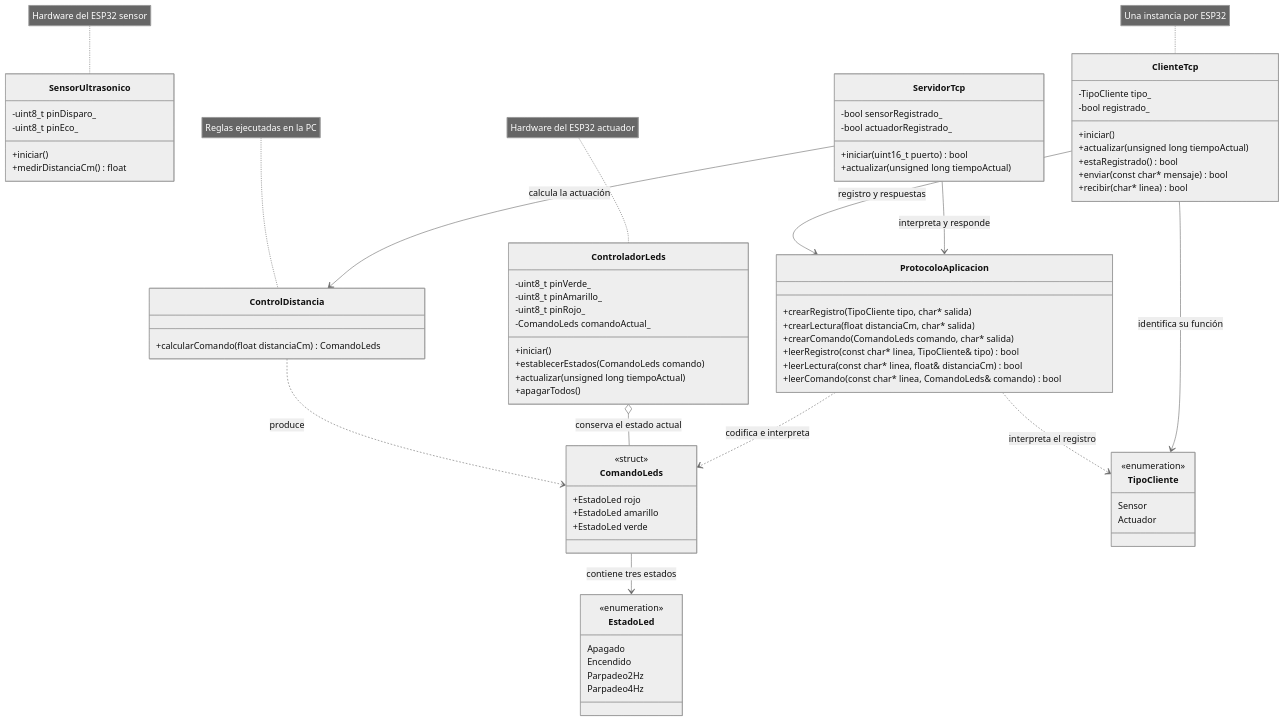
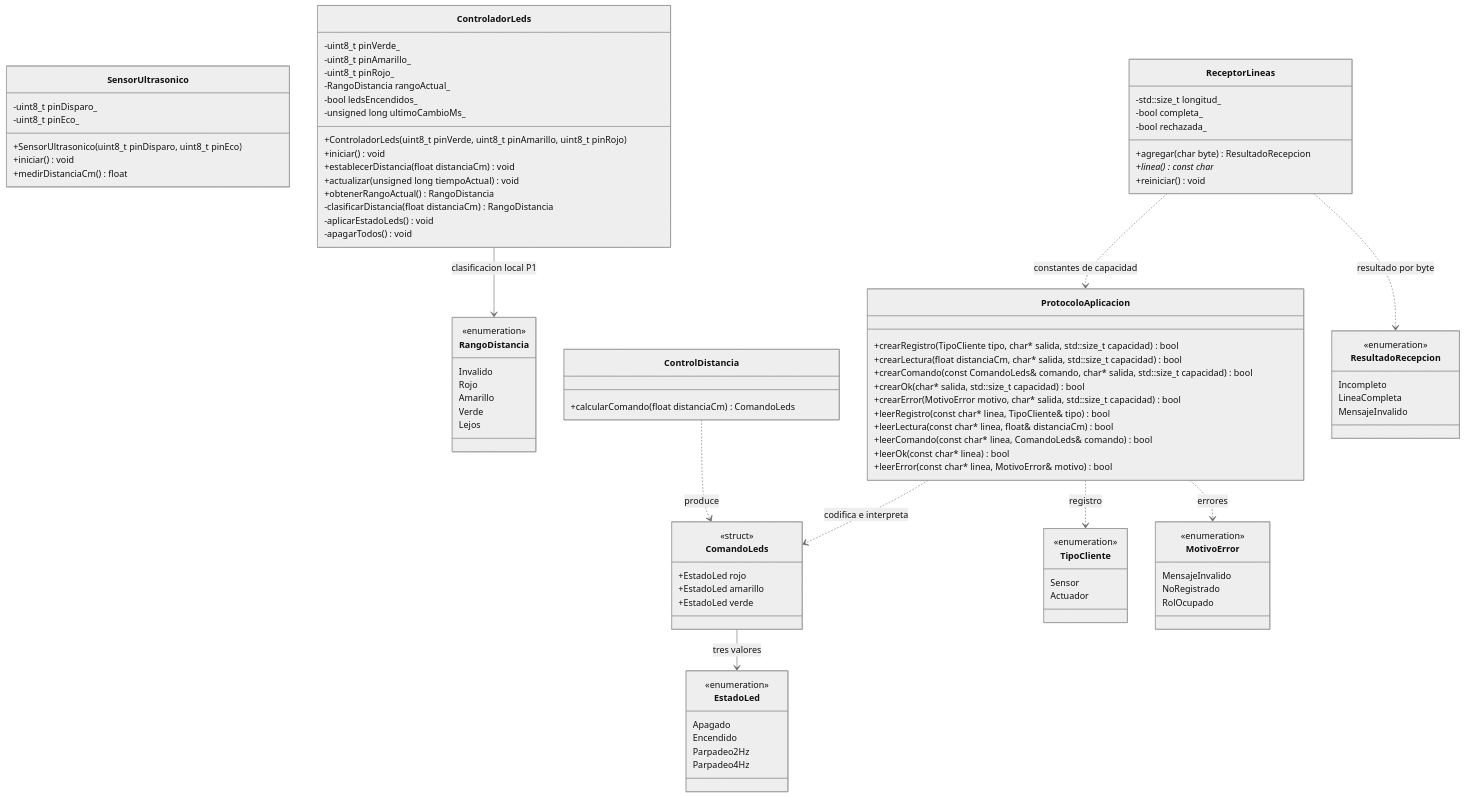
The third of 5 diagrams in INFORME.md (JustAdrianMercado/Integracion-de-Objetos-Inteligentes-con-TCP-IP), drawn with Mermaid (neutral theme) before and after one commit. The commit also changed other lines of this file, not shown here.

Commit message:
docs: actualizar clases y secuencias de P2 según la implementación Python/C++

````diff
--- a/INFORME.md
+++ b/INFORME.md
@@ -228,25 +351,66 @@
 ```mermaid
 classDiagram
     direction TB
-
     class SensorUltrasonico {
         -uint8_t pinDisparo_
         -uint8_t pinEco_
-        +iniciar()
+        +SensorUltrasonico(uint8_t pinDisparo, uint8_t pinEco)
+        +iniciar() void
         +medirDistanciaCm() float
     }
-
     class ControladorLeds {
         -uint8_t pinVerde_
         -uint8_t pinAmarillo_
         -uint8_t pinRojo_
-        -ComandoLeds comandoActual_
-        +iniciar()
-        +establecerEstados(ComandoLeds comando)
-        +actualizar(unsigned long tiempoActual)
-        +apagarTodos()
+        -RangoDistancia rangoActual_
+        -bool ledsEncendidos_
+        -unsigned long ultimoCambioMs_
+        +ControladorLeds(uint8_t pinVerde, uint8_t pinAmarillo, uint8_t pinRojo)
+        +iniciar() void
+        +establecerDistancia(float distanciaCm) void
+        +actualizar(unsigned long tiempoActual) void
+        +obtenerRangoActual() RangoDistancia
+        -clasificarDistancia(float distanciaCm) RangoDistancia
+        -aplicarEstadoLeds() void
+        -apagarTodos() void
     }
-
+    class RangoDistancia {
+        <<enumeration>>
+        Invalido
+        Rojo
+        Amarillo
+        Verde
+        Lejos
+    }
+    class ControlDistancia {
+        +calcularComando(float distanciaCm) ComandoLeds
+    }
+    class ProtocoloAplicacion {
+        +crearRegistro(TipoCliente tipo, char* salida, std::size_t capacidad) bool
+        +crearLectura(float distanciaCm, char* salida, std::size_t capacidad) bool
+        +crearComando(const ComandoLeds& comando, char* salida, std::size_t capacidad) bool
+        +crearOk(char* salida, std::size_t capacidad) bool
+        +crearError(MotivoError motivo, char* salida, std::size_t capacidad) bool
+        +leerRegistro(const char* linea, TipoCliente& tipo) bool
+        +leerLectura(const char* linea, float& distanciaCm) bool
+        +leerComando(const char* linea, ComandoLeds& comando) bool
+        +leerOk(const char* linea) bool
+        +leerError(const char* linea, MotivoError& motivo) bool
+    }
+    class ReceptorLineas {
+        -std::size_t longitud_
+        -bool completa_
+        -bool rechazada_
+        +agregar(char byte) ResultadoRecepcion
+        +linea() const char*
+        +reiniciar() void
+    }
+    class ResultadoRecepcion {
+        <<enumeration>>
+        Incompleto
+        LineaCompleta
+        MensajeInvalido
+    }
     class EstadoLed {
         <<enumeration>>
         Apagado
@@ -254,62 +418,29 @@
         Parpadeo2Hz
         Parpadeo4Hz
     }
-
     class ComandoLeds {
         <<struct>>
         +EstadoLed rojo
         +EstadoLed amarillo
         +EstadoLed verde
     }
-
-    class ControlDistancia {
-        +calcularComando(float distanciaCm) ComandoLeds
-    }
-
     class TipoCliente {
         <<enumeration>>
         Sensor
         Actuador
     }
-
-    class ProtocoloAplicacion {
-        +crearRegistro(TipoCliente tipo, char* salida)
-        +crearLectura(float distanciaCm, char* salida)
-        +crearComando(ComandoLeds comando, char* salida)
-        +leerRegistro(const char* linea, TipoCliente& tipo) bool
-        +leerLectura(const char* linea, float& distanciaCm) bool
-        +leerComando(const char* linea, ComandoLeds& comando) bool
+    class MotivoError {
+        <<enumeration>>
+        MensajeInvalido
+        NoRegistrado
+        RolOcupado
     }
-
-    class ClienteTcp {
-        -TipoCliente tipo_
-        -bool registrado_
-        +iniciar()
-        +actualizar(unsigned long tiempoActual)
-        +estaRegistrado() bool
-        +enviar(const char* mensaje) bool
-        +recibir(char* linea) bool
-    }
-
-    class ServidorTcp {
-        -bool sensorRegistrado_
-        -bool actuadorRegistrado_
-        +iniciar(uint16_t puerto) bool
-        +actualizar(unsigned long tiempoActual)
-    }
-
-    ComandoLeds --> EstadoLed : contiene tres estados
+    ControladorLeds --> RangoDistancia : clasificacion local P1
     ControlDistancia ..> ComandoLeds : produce
-    ControladorLeds o-- ComandoLeds : conserva el estado actual
+    ComandoLeds --> EstadoLed : tres valores
     ProtocoloAplicacion ..> ComandoLeds : codifica e interpreta
-    ProtocoloAplicacion ..> TipoCliente : interpreta el registro
-    ClienteTcp --> ProtocoloAplicacion : registro y respuestas
-    ClienteTcp --> TipoCliente : identifica su función
-    ServidorTcp --> ProtocoloAplicacion : interpreta y responde
-    ServidorTcp --> ControlDistancia : calcula la actuación
-
-    note for SensorUltrasonico "Hardware del ESP32 sensor"
-    note for ControladorLeds "Hardware del ESP32 actuador"
-    note for ClienteTcp "Una instancia por ESP32"
-    note for ControlDistancia "Reglas ejecutadas en la PC"
+    ProtocoloAplicacion ..> TipoCliente : registro
+    ProtocoloAplicacion ..> MotivoError : errores
+    ReceptorLineas ..> ProtocoloAplicacion : constantes de capacidad
+    ReceptorLineas ..> ResultadoRecepcion : resultado por byte
 ```
````
